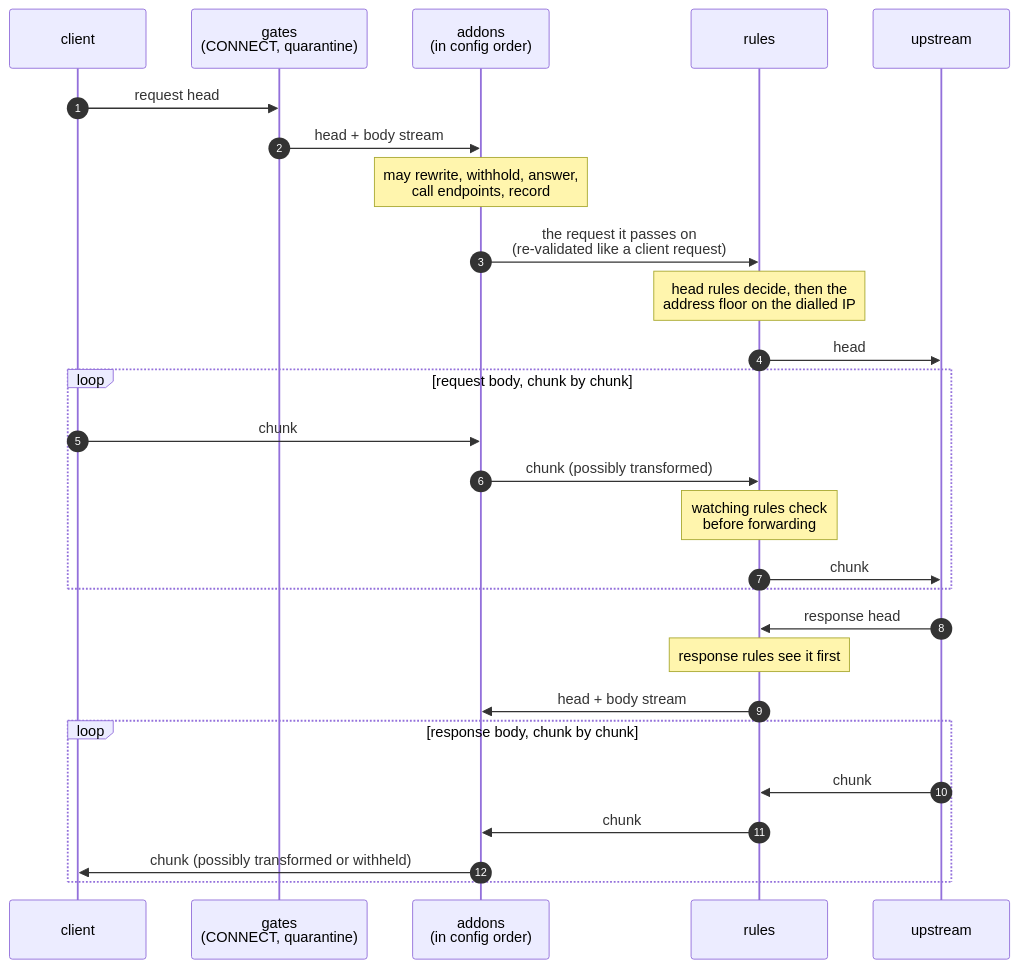
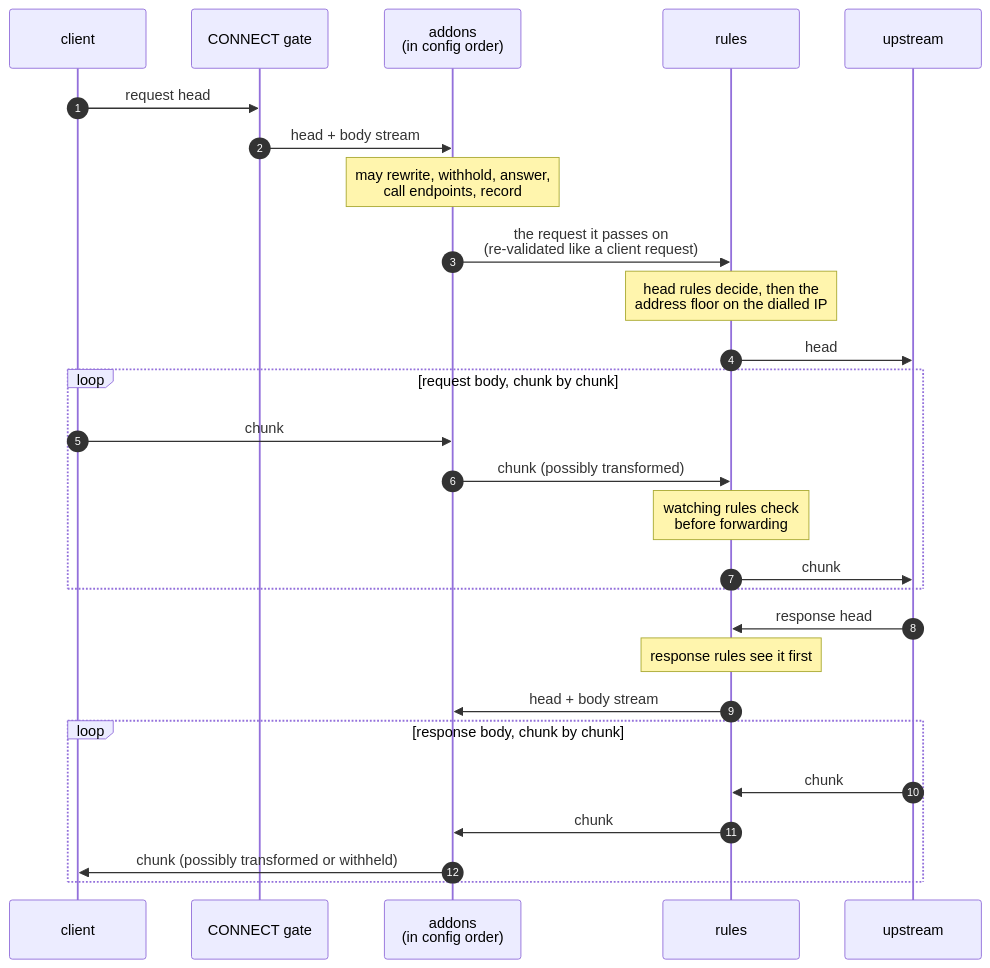
Before and after one commit to roxy-proxy/roxy-proxy: the second of 2 diagrams in README.md, drawn with Mermaid. The commit also changed other lines of this file and 25 other files, not shown here.

````diff
--- a/README.md
+++ b/README.md
@@ -130,29 +129,29 @@
 ```mermaid
 sequenceDiagram
     autonumber
     participant C as client
-    participant G as gates<br/>(CONNECT, quarantine)
+    participant G as CONNECT gate
     participant A as addons<br/>(in config order)
     participant R as rules
     participant U as upstream
     C->>G: request head
     G->>A: head + body stream
     Note over A: may rewrite, withhold, answer,<br/>call endpoints, record
     A->>R: the request it passes on<br/>(re-validated like a client request)
     Note over R: head rules decide, then the<br/>address floor on the dialled IP
     R->>U: head
     loop request body, chunk by chunk
         C->>A: chunk
         A->>R: chunk (possibly transformed)
         Note over R: watching rules check<br/>before forwarding
         R->>U: chunk
     end
     U->>R: response head
     Note over R: response rules see it first
     R->>A: head + body stream
     loop response body, chunk by chunk
         U->>R: chunk
         R->>A: chunk
         A->>C: chunk (possibly transformed or withheld)
     end
 ```
````
